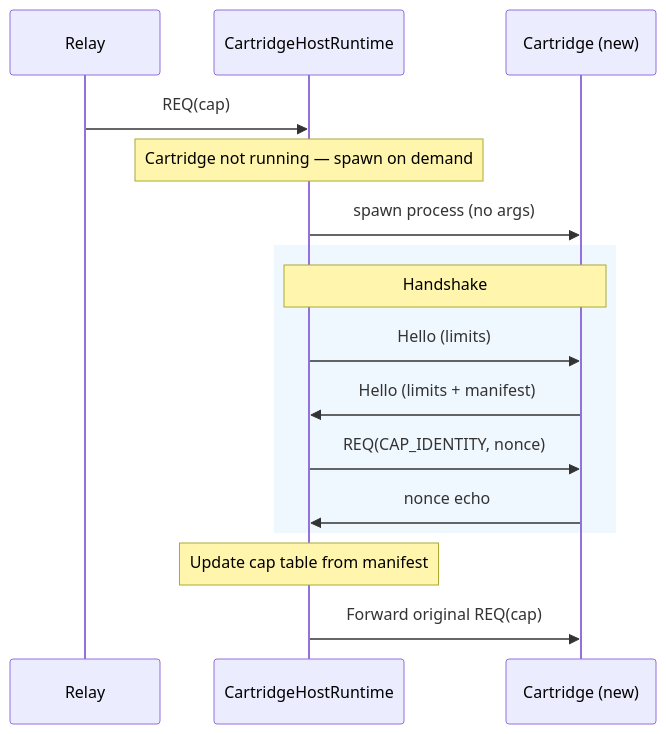
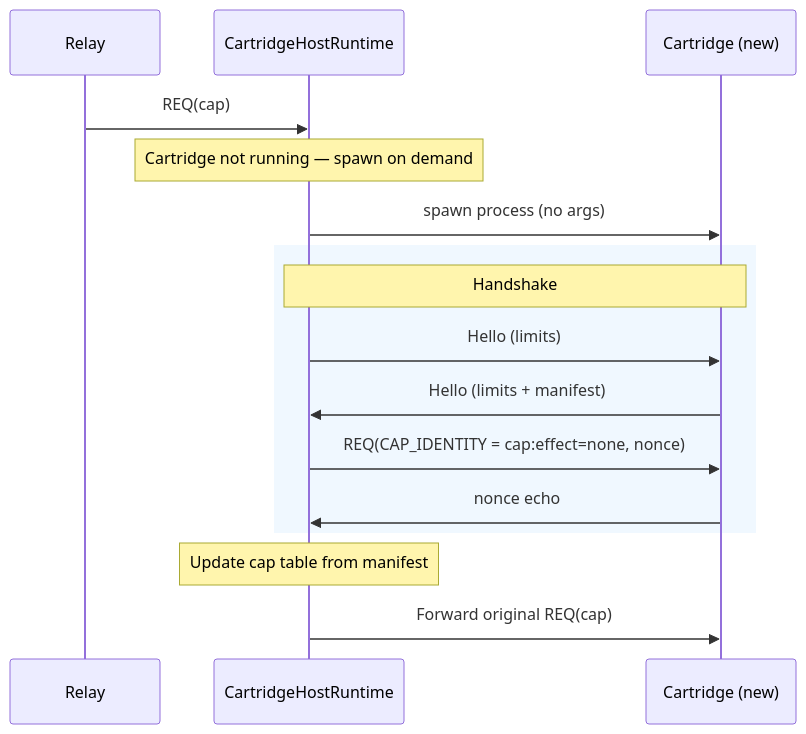
Before and after one commit to machinefabric/capdag: the second of 3 diagrams in docs/14.1-HOST-RUNTIME.md, drawn with Mermaid. The commit also changed other lines of this file and 26 other files, not shown here.

````diff
--- a/docs/14.1-HOST-RUNTIME.md
+++ b/docs/14.1-HOST-RUNTIME.md
@@ -65,21 +65,21 @@
 ```mermaid
 sequenceDiagram
     participant R as Relay
     participant PH as CartridgeHostRuntime
     participant P as Cartridge (new)
 
     R->>PH: REQ(cap)
     Note over PH: Cartridge not running — spawn on demand
     PH->>P: spawn process (no args)
 
     rect rgb(240, 248, 255)
         Note over PH,P: Handshake
         PH->>P: Hello (limits)
         P->>PH: Hello (limits + manifest)
-        PH->>P: REQ(CAP_IDENTITY, nonce)
+        PH->>P: REQ(CAP_IDENTITY = cap:effect=none, nonce)
         P->>PH: nonce echo
     end
 
     Note over PH: Update cap table from manifest
     PH->>P: Forward original REQ(cap)
 ```
````
